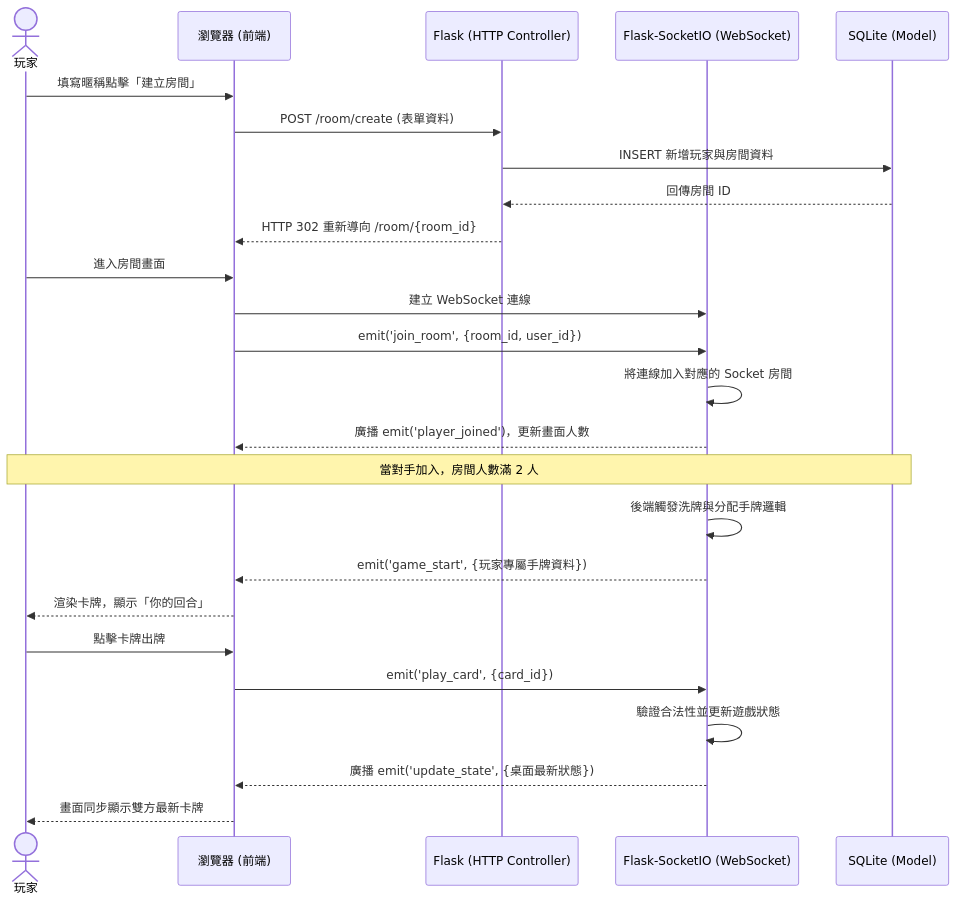
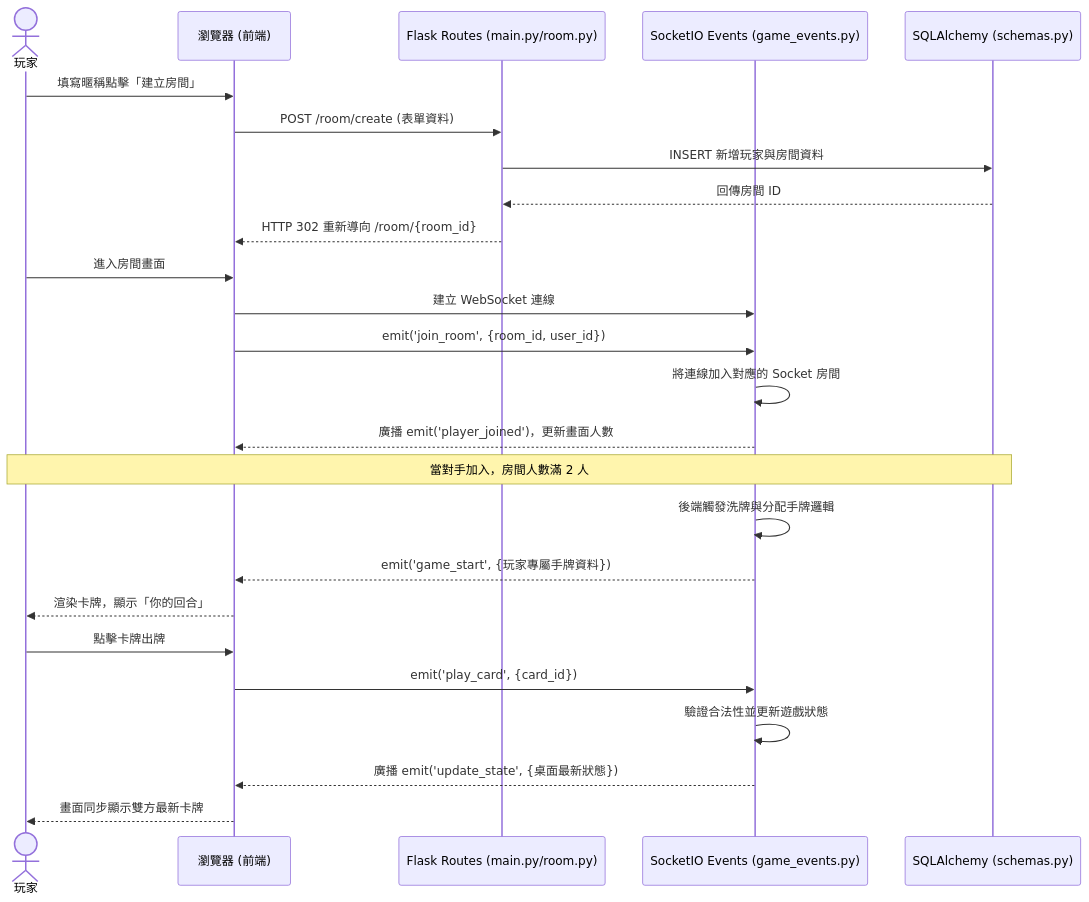
The second of 2 diagrams in docs/FLOWCHART.md (zyawe960501-gif/web_app_development), drawn with Mermaid before and after one commit.

Commit message:
docs: add user flowchart

````diff
--- a/docs/FLOWCHART.md
+++ b/docs/FLOWCHART.md
@@ -45,35 +45,35 @@
 ```mermaid
 sequenceDiagram
     actor User as 玩家
     participant Browser as 瀏覽器 (前端)
-    participant Flask as Flask (HTTP Controller)
-    participant Socket as Flask-SocketIO (WebSocket)
-    participant DB as SQLite (Model)
+    participant Flask as Flask Routes (main.py/room.py)
+    participant Socket as SocketIO Events (game_events.py)
+    participant DB as SQLAlchemy (schemas.py)
 
     %% 房間建立與進入
     User->>Browser: 填寫暱稱點擊「建立房間」
     Browser->>Flask: POST /room/create (表單資料)
     Flask->>DB: INSERT 新增玩家與房間資料
     DB-->>Flask: 回傳房間 ID
     Flask-->>Browser: HTTP 302 重新導向 /room/{room_id}
     
     %% WebSocket 連線建立
     User->>Browser: 進入房間畫面
     Browser->>Socket: 建立 WebSocket 連線
     Browser->>Socket: emit('join_room', {room_id, user_id})
     Socket->>Socket: 將連線加入對應的 Socket 房間
     Socket-->>Browser: 廣播 emit('player_joined')，更新畫面人數
     
     %% 遊戲開始
     Note over User, DB: 當對手加入，房間人數滿 2 人
     Socket->>Socket: 後端觸發洗牌與分配手牌邏輯
     Socket-->>Browser: emit('game_start', {玩家專屬手牌資料})
     Browser-->>User: 渲染卡牌，顯示「你的回合」
     
     %% 對戰互動
     User->>Browser: 點擊卡牌出牌
     Browser->>Socket: emit('play_card', {card_id})
     Socket->>Socket: 驗證合法性並更新遊戲狀態
     Socket-->>Browser: 廣播 emit('update_state', {桌面最新狀態})
     Browser-->>User: 畫面同步顯示雙方最新卡牌
 ```
````
